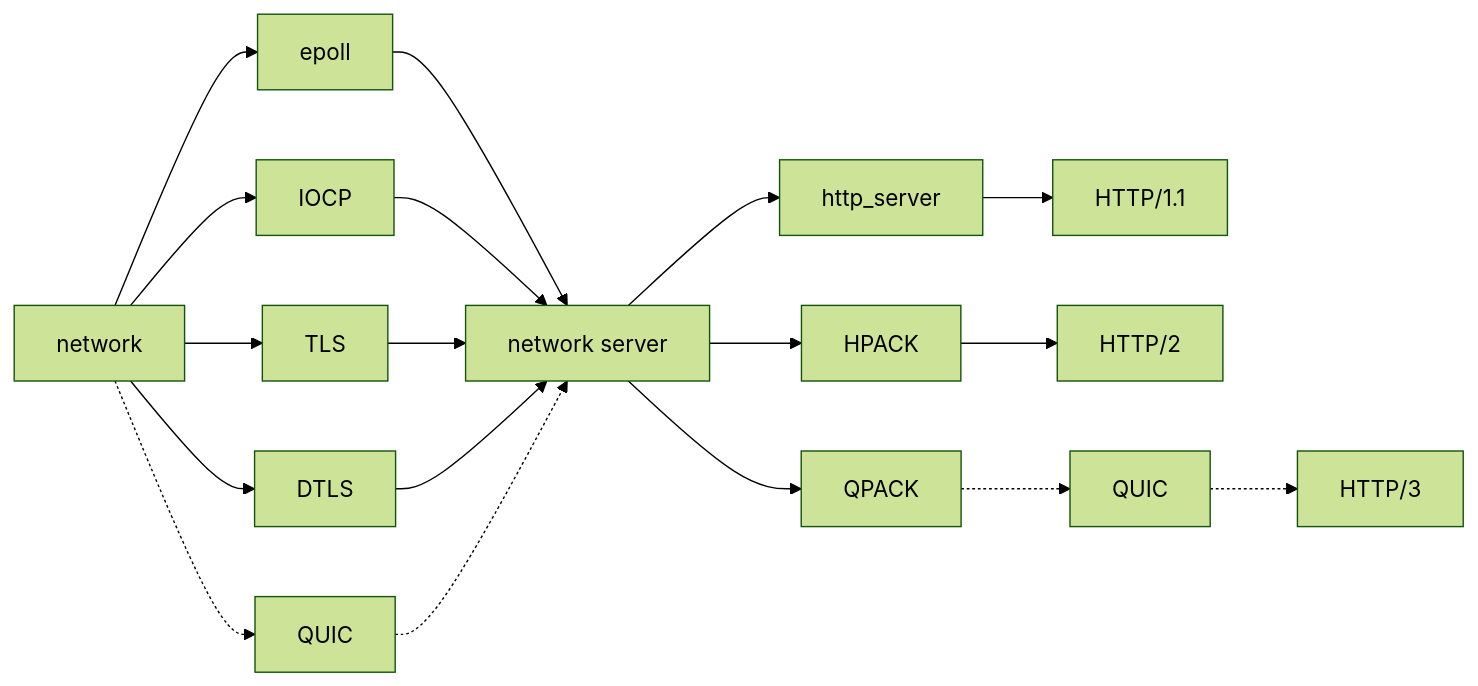
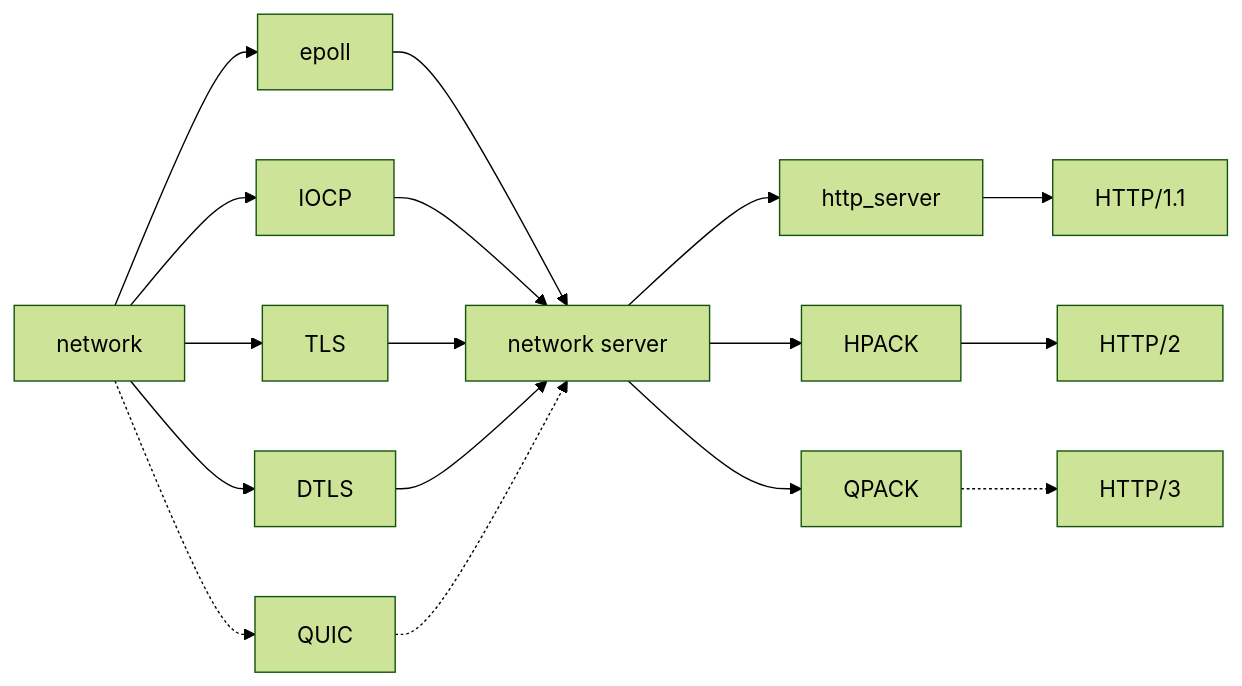
Before and after one commit to princeb612/hotplace: the fourth of 4 diagrams in DEVNOTES.md, drawn with Mermaid (forest theme). The commit also changed other lines of this file and 46 other files, not shown here.

````diff
--- a/DEVNOTES.md
+++ b/DEVNOTES.md
@@ -46,21 +53,20 @@
 ```mermaid
 flowchart LR
   A[network] --> A1[epoll];
   A --> A2[IOCP];
   A --> A3[TLS];
   A --> A4[DTLS];
   A -.-> A5[QUIC];
   A1 --> B;
   A2 --> B;
   A3 --> B;
   A4 --> B;
   A5 -.-> B;
   B[network server];
   B --> C1[http_server];
   C1 --> C2[HTTP/1.1];
   B --> D1[HPACK];
   D1 --> D2[HTTP/2];
   B --> E1[QPACK];
-  E1 -.-> E2[QUIC];
-  E2 -.-> E3[HTTP/3];
+  E1 -.-> E2[HTTP/3];
 ```
````
